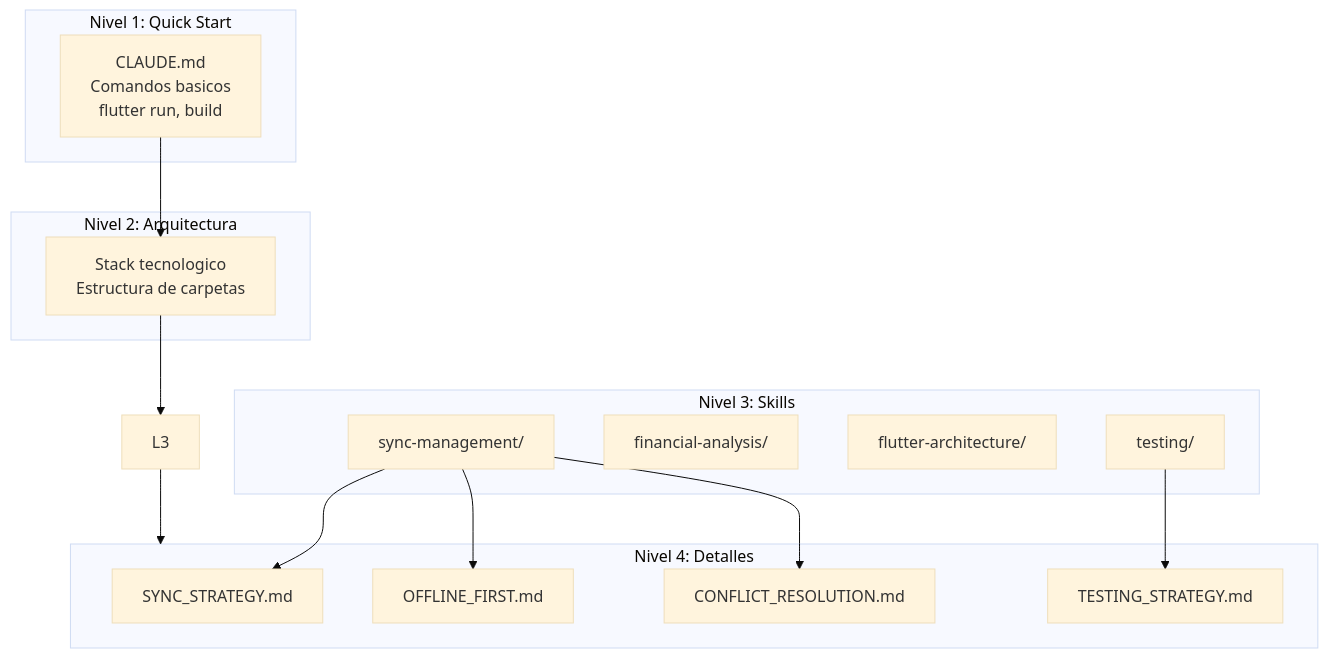
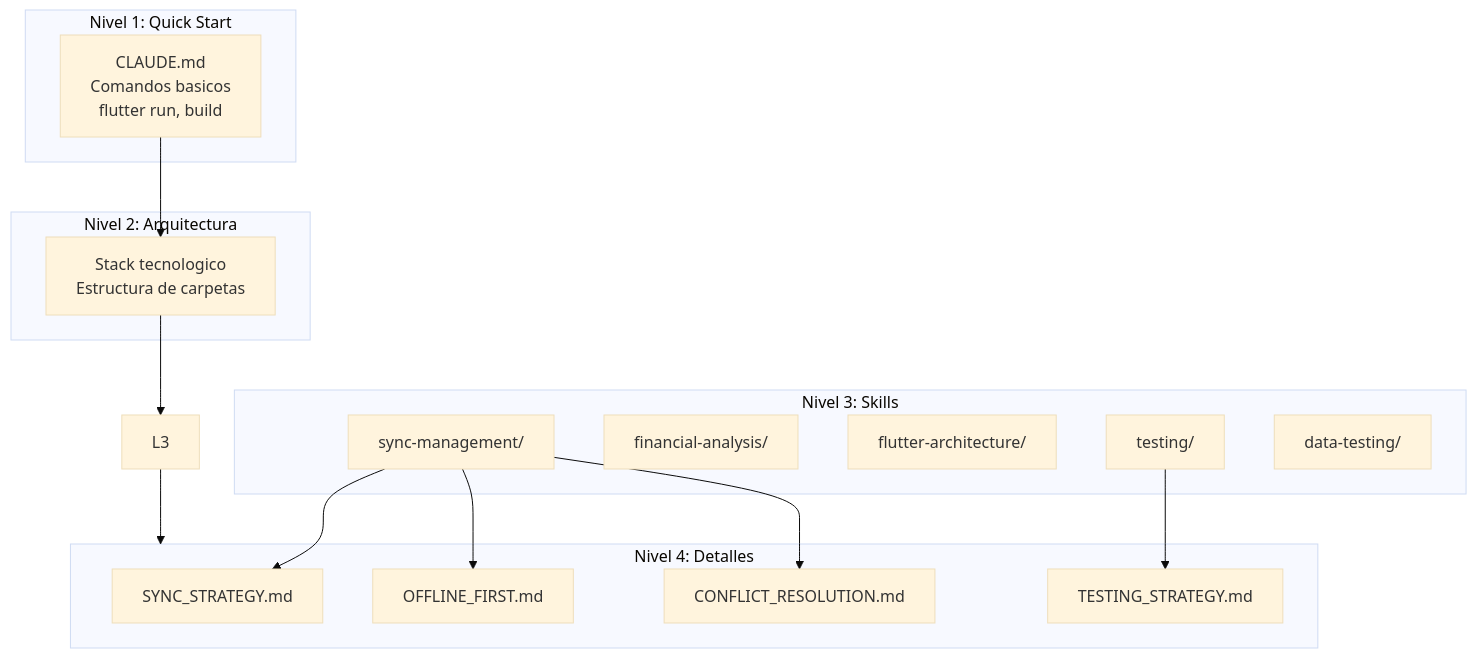
Before and after one commit to alvaretto/finanzasfamilia: the fifth of 10 diagrams in docs/CLAUDE_WORKFLOW.md, drawn with Mermaid (base theme). The commit also changed other lines of this file and 12 other files, not shown here.

````diff
--- a/docs/CLAUDE_WORKFLOW.md
+++ b/docs/CLAUDE_WORKFLOW.md
@@ -230,32 +232,33 @@
 ```mermaid
 flowchart TB
     subgraph Level1["Nivel 1: Quick Start"]
         L1[CLAUDE.md<br/>Comandos basicos<br/>flutter run, build]
     end
 
     subgraph Level2["Nivel 2: Arquitectura"]
         L2[Stack tecnologico<br/>Estructura de carpetas]
     end
 
     subgraph Level3["Nivel 3: Skills"]
         S1[sync-management/]
         S2[financial-analysis/]
         S3[flutter-architecture/]
         S4[testing/]
+        S5[data-testing/]
     end
 
     subgraph Level4["Nivel 4: Detalles"]
         D1[SYNC_STRATEGY.md]
         D2[OFFLINE_FIRST.md]
         D3[CONFLICT_RESOLUTION.md]
         D4[TESTING_STRATEGY.md]
     end
 
     L1 --> L2
     L2 --> L3
     L3 --> Level4
     S1 --> D1
     S1 --> D2
     S1 --> D3
     S4 --> D4
 ```
````
